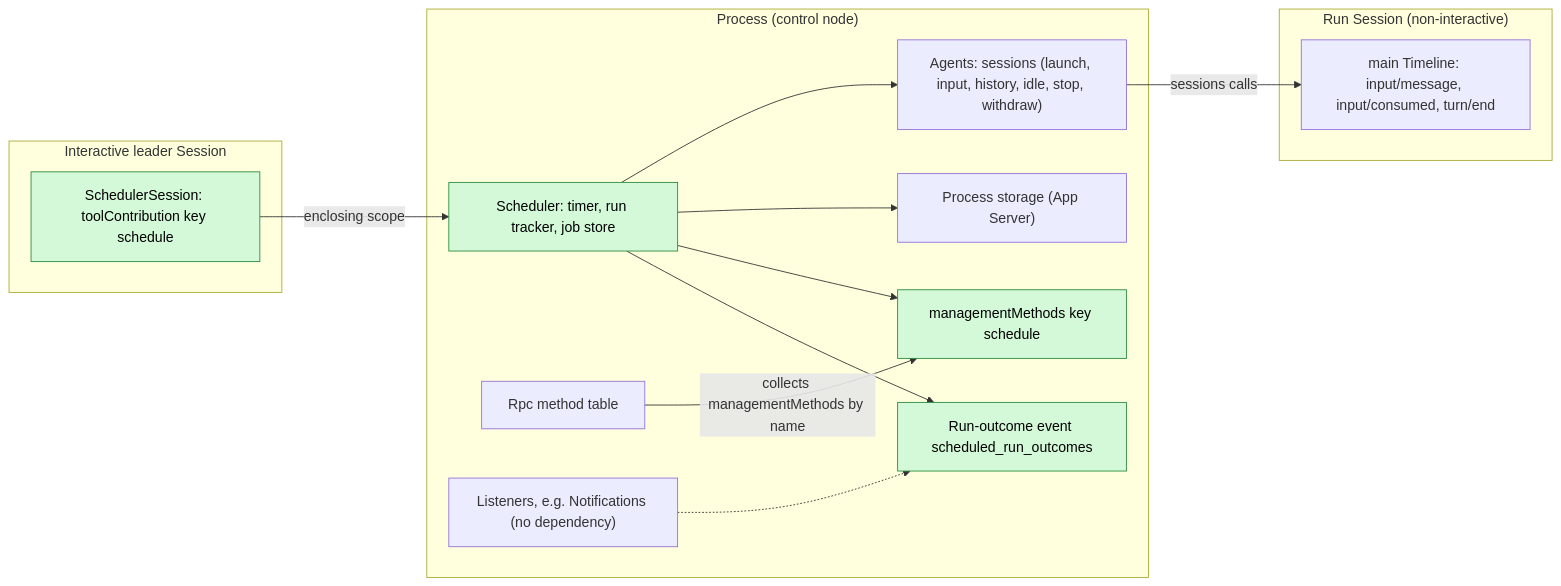
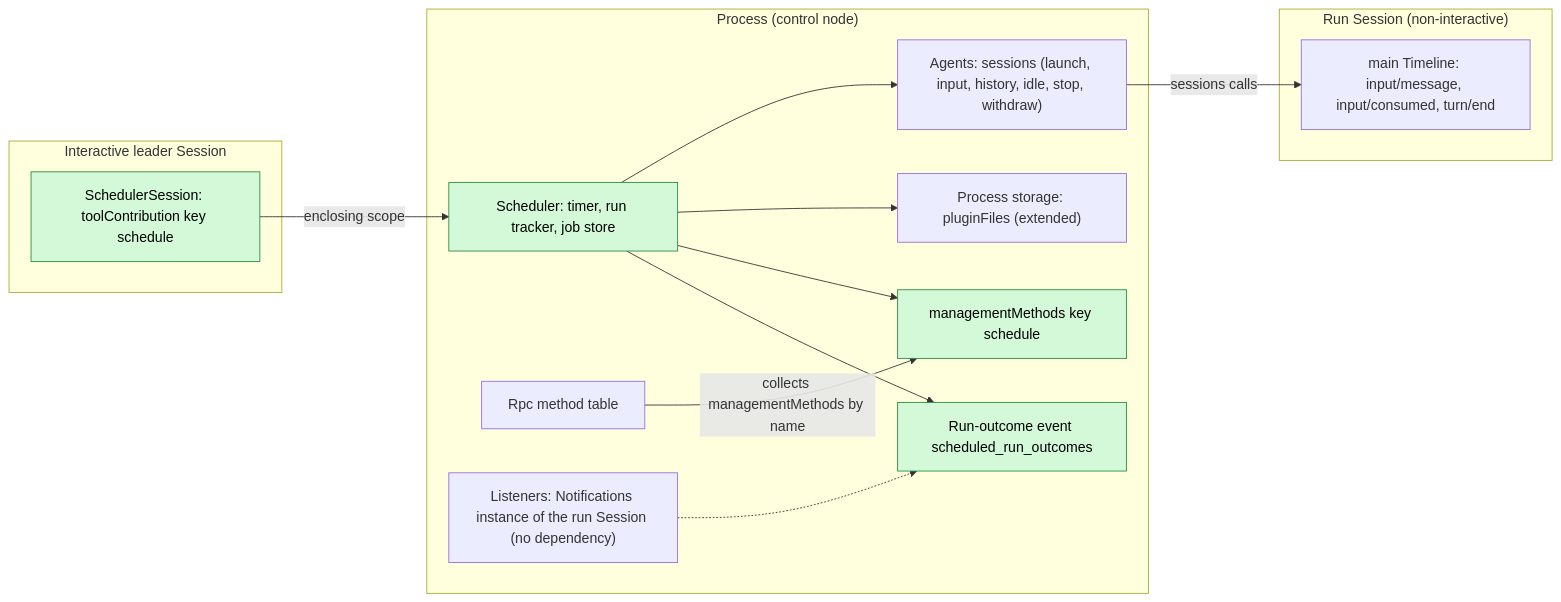
Before and after one commit to CoutinhoTTS/dim-agent: the first of 6 diagrams in docs/design/plugins/Scheduler.md, drawn with Mermaid. The commit also changed other lines of this file and 42 other files, not shown here.

````diff
--- a/docs/design/plugins/Scheduler.md
+++ b/docs/design/plugins/Scheduler.md
@@ -9,28 +9,28 @@
 ```mermaid
 flowchart LR
   subgraph PROC["Process (control node)"]
     Sched["Scheduler: timer, run tracker, job store"]
     MM["managementMethods key schedule"]
     Out["Run-outcome event scheduled_run_outcomes"]
     Agents["Agents: sessions (launch, input, history, idle, stop, withdraw)"]
     Rpc["Rpc method table"]
-    Store["Process storage (App Server)"]
-    Listen["Listeners, e.g. Notifications (no dependency)"]
+    Store["Process storage: pluginFiles (extended)"]
+    Listen["Listeners: Notifications instance of the run Session (no dependency)"]
   end
   subgraph SESS["Interactive leader Session"]
     Tool["SchedulerSession: toolContribution key schedule"]
   end
   subgraph RUN["Run Session (non-interactive)"]
     TL["main Timeline: input/message, input/consumed, turn/end"]
   end
   Tool -->|"enclosing scope"| Sched
   Sched --> Agents
   Sched --> Store
   Sched --> MM
   Rpc -->|"collects managementMethods by name"| MM
   Agents -->|"sessions calls"| TL
   Sched --> Out
   Listen -.-> Out
   classDef new fill:#d3f9d8,stroke:#2b8a3e,color:#000
   class Sched,MM,Out,Tool new
 ```
````
